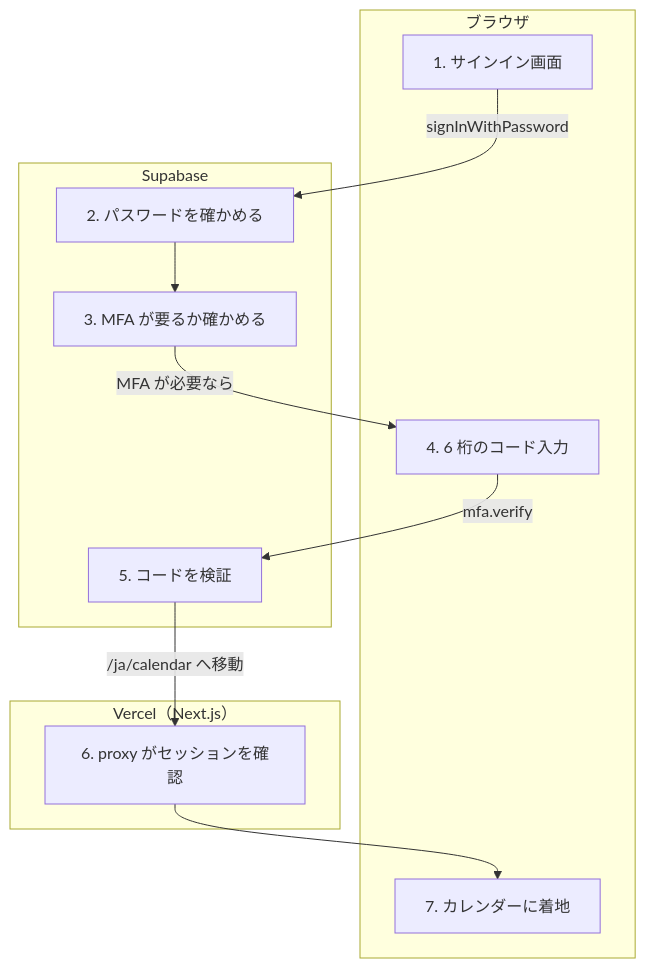
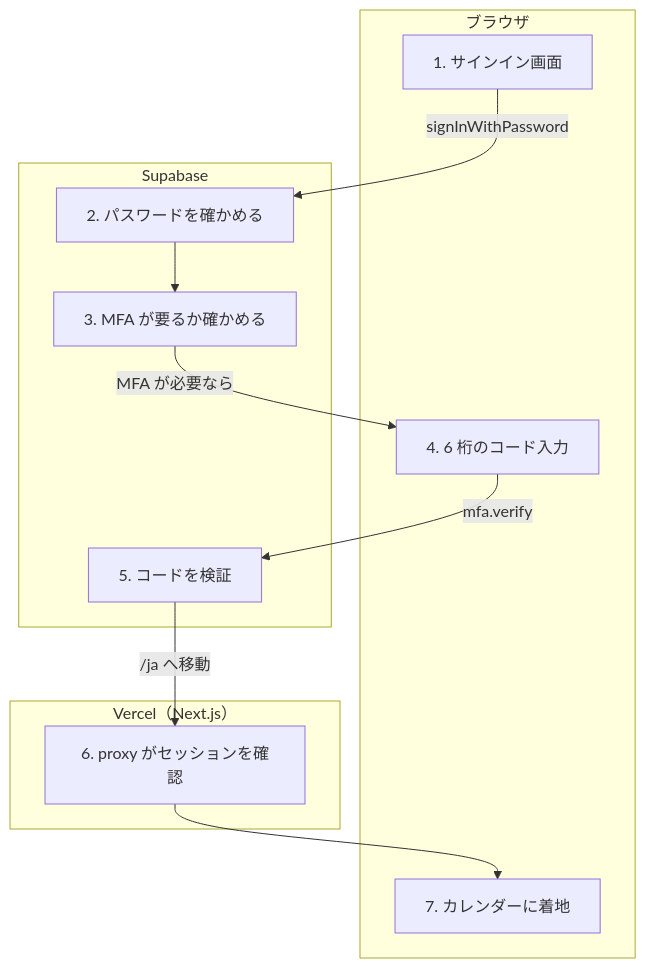
The diagram in docs/learn/journeys/login.md (Dayopt/dayopt), drawn with Mermaid before and after one commit. The commit also changed other lines of this file and 295 other files, not shown here.

````diff
--- a/docs/learn/journeys/login.md
+++ b/docs/learn/journeys/login.md
@@ -12,22 +12,22 @@
 ```mermaid
 flowchart TD
   subgraph s_browser["ブラウザ"]
     n1["1. サインイン画面"]
     n4["4. 6 桁のコード入力"]
     n7["7. カレンダーに着地"]
   end
   subgraph s_vercel["Vercel（Next.js）"]
     n6["6. proxy がセッションを確認"]
   end
   subgraph s_supabase["Supabase"]
     n2["2. パスワードを確かめる"]
     n3["3. MFA が要るか確かめる"]
     n5["5. コードを検証"]
   end
   n1 -->|"signInWithPassword"| n2
   n2 --> n3
   n3 -->|"MFA が必要なら"| n4
   n4 -->|"mfa.verify"| n5
-  n5 -->|"/ja/calendar へ移動"| n6
+  n5 -->|"/ja へ移動"| n6
   n6 --> n7
 ```
````
